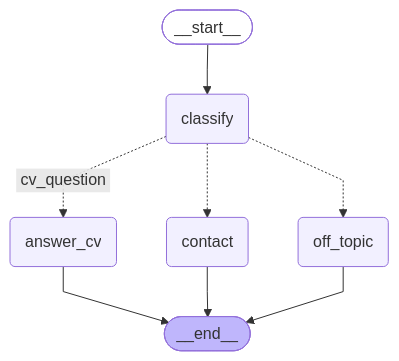
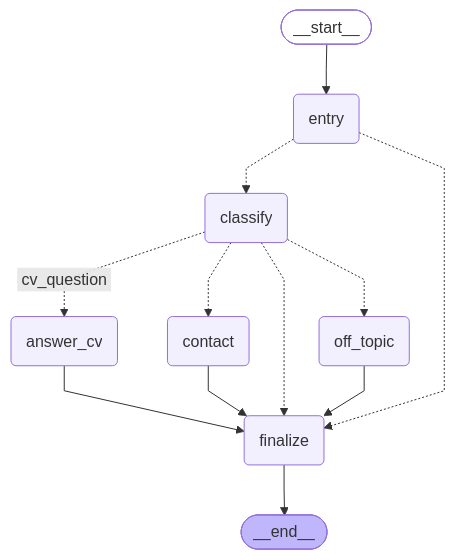
The diagram in docs/graph.mmd (mooncak397/recruiter-assistant), drawn with Mermaid before and after one commit.

Commit message:
docs: regenerate graph.mmd (entry and finalize nodes)

```diff
--- a/docs/graph.mmd
+++ b/docs/graph.mmd
@@ -1,22 +1,28 @@
 ---
 config:
   flowchart:
     curve: linear
 ---
 graph TD;
 	__start__([<p>__start__</p>]):::first
+	entry(entry)
 	classify(classify)
 	answer_cv(answer_cv)
 	contact(contact)
 	off_topic(off_topic)
+	finalize(finalize)
 	__end__([<p>__end__</p>]):::last
-	__start__ --> classify;
+	__start__ --> entry;
+	answer_cv --> finalize;
 	classify -. &nbsp;cv_question&nbsp; .-> answer_cv;
 	classify -.-> contact;
+	classify -.-> finalize;
 	classify -.-> off_topic;
-	answer_cv --> __end__;
-	contact --> __end__;
-	off_topic --> __end__;
+	contact --> finalize;
+	entry -.-> classify;
+	entry -.-> finalize;
+	off_topic --> finalize;
+	finalize --> __end__;
 	classDef default fill:#f2f0ff,line-height:1.2
 	classDef first fill-opacity:0
 	classDef last fill:#bfb6fc
```
